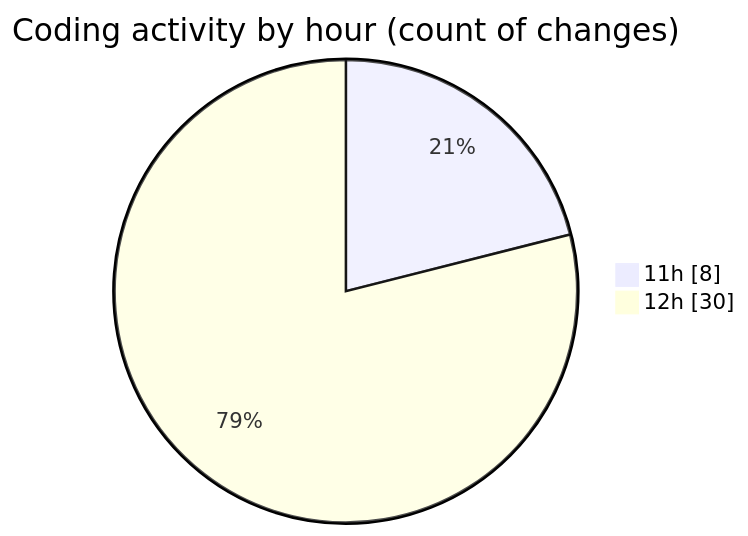
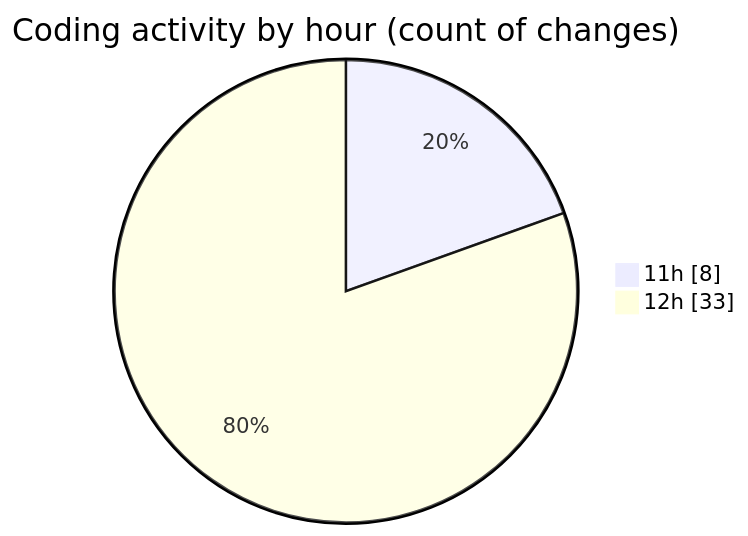
One commit to BS-eng2023/code-tracking changed the second of 2 diagrams in 2025-05-04/project/README.md. Above: the diagram before and after it, drawn with Mermaid. The commit also changed other lines of this file and 1 other file, not shown here.

````diff
--- a/2025-05-04/project/README.md
+++ b/2025-05-04/project/README.md
@@ -46,6 +46,6 @@
 ```mermaid
 pie showData
 title Coding activity by hour (count of changes)
 "11h" : 8
-"12h" : 30
+"12h" : 33
 ```
````
